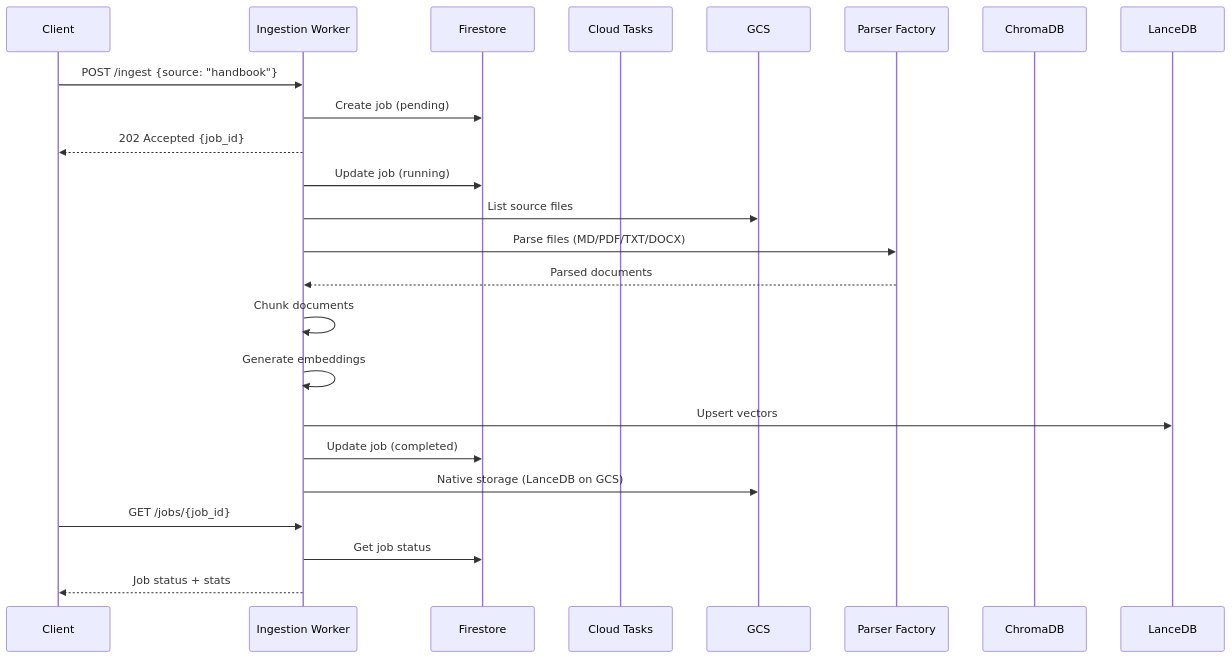
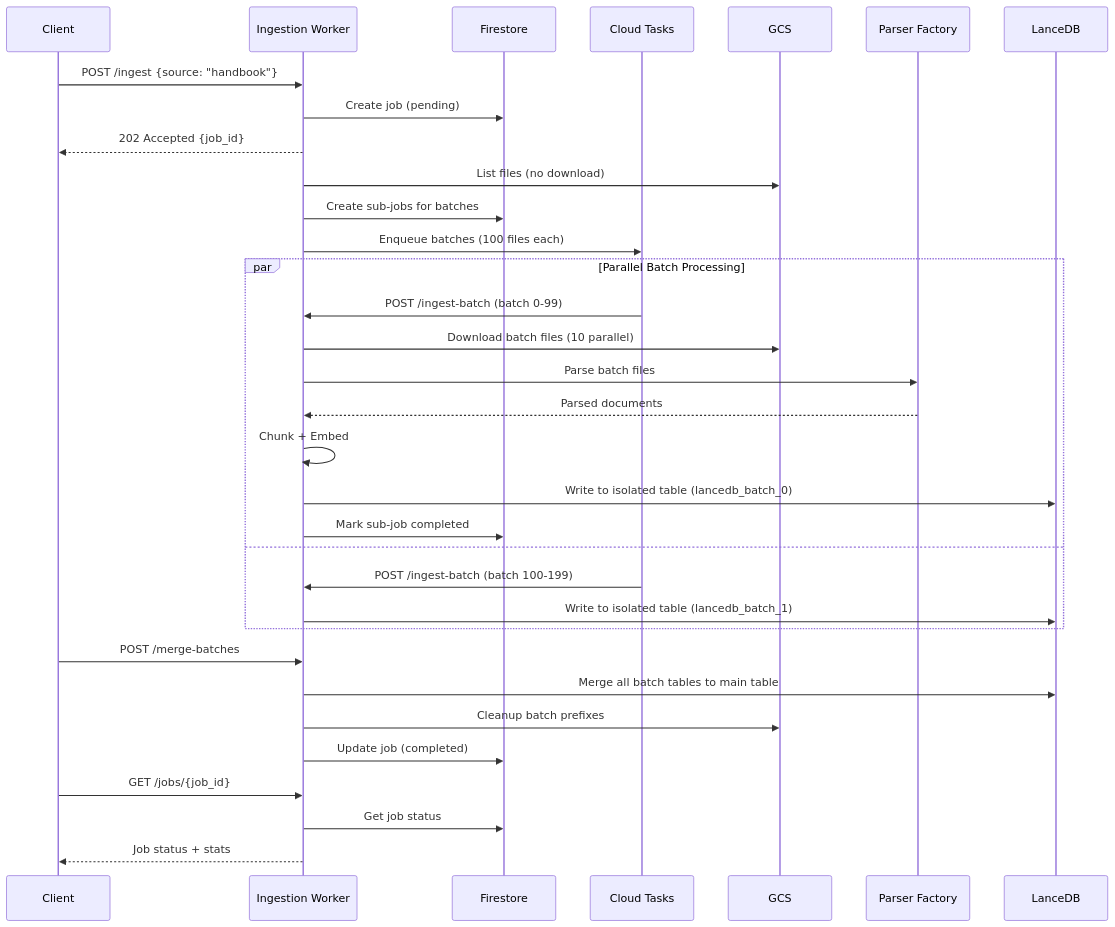
Before and after one commit to TheWinterShadow/Thoth: the second of 5 diagrams in docs/source/architecture/ingestion.md, drawn with Mermaid. The commit also changed other lines of this file and 27 other files, not shown here.

First line of the commit message:
Migrates ingestion pipeline to parallel LanceDB batch processing

````diff
--- a/docs/source/architecture/ingestion.md
+++ b/docs/source/architecture/ingestion.md
@@ -67,29 +67,40 @@
 ```mermaid
 sequenceDiagram
     participant Client
     participant Worker as Ingestion Worker
     participant Jobs as Firestore
     participant Tasks as Cloud Tasks
     participant GCS
     participant Parsers as Parser Factory
-    participant ChromaDB
+    participant LanceDB
 
     Client->>Worker: POST /ingest {source: "handbook"}
     Worker->>Jobs: Create job (pending)
     Worker-->>Client: 202 Accepted {job_id}
-    Worker->>Jobs: Update job (running)
 
-    Worker->>GCS: List source files
-    Worker->>Parsers: Parse files (MD/PDF/TXT/DOCX)
-    Parsers-->>Worker: Parsed documents
-    Worker->>Worker: Chunk documents
-    Worker->>Worker: Generate embeddings
-    Worker->>LanceDB: Upsert vectors
+    Worker->>GCS: List files (no download)
+    Worker->>Jobs: Create sub-jobs for batches
+    Worker->>Tasks: Enqueue batches (100 files each)
 
+    par Parallel Batch Processing
+        Tasks->>Worker: POST /ingest-batch (batch 0-99)
+        Worker->>GCS: Download batch files (10 parallel)
+        Worker->>Parsers: Parse batch files
+        Parsers-->>Worker: Parsed documents
+        Worker->>Worker: Chunk + Embed
+        Worker->>LanceDB: Write to isolated table (lancedb_batch_0)
+        Worker->>Jobs: Mark sub-job completed
+    and
+        Tasks->>Worker: POST /ingest-batch (batch 100-199)
+        Worker->>LanceDB: Write to isolated table (lancedb_batch_1)
+    end
+
+    Client->>Worker: POST /merge-batches
+    Worker->>LanceDB: Merge all batch tables to main table
+    Worker->>GCS: Cleanup batch prefixes
     Worker->>Jobs: Update job (completed)
-    Worker->>GCS: Native storage (LanceDB on GCS)
 
     Client->>Worker: GET /jobs/{job_id}
     Worker->>Jobs: Get job status
     Worker-->>Client: Job status + stats
 ```
````
